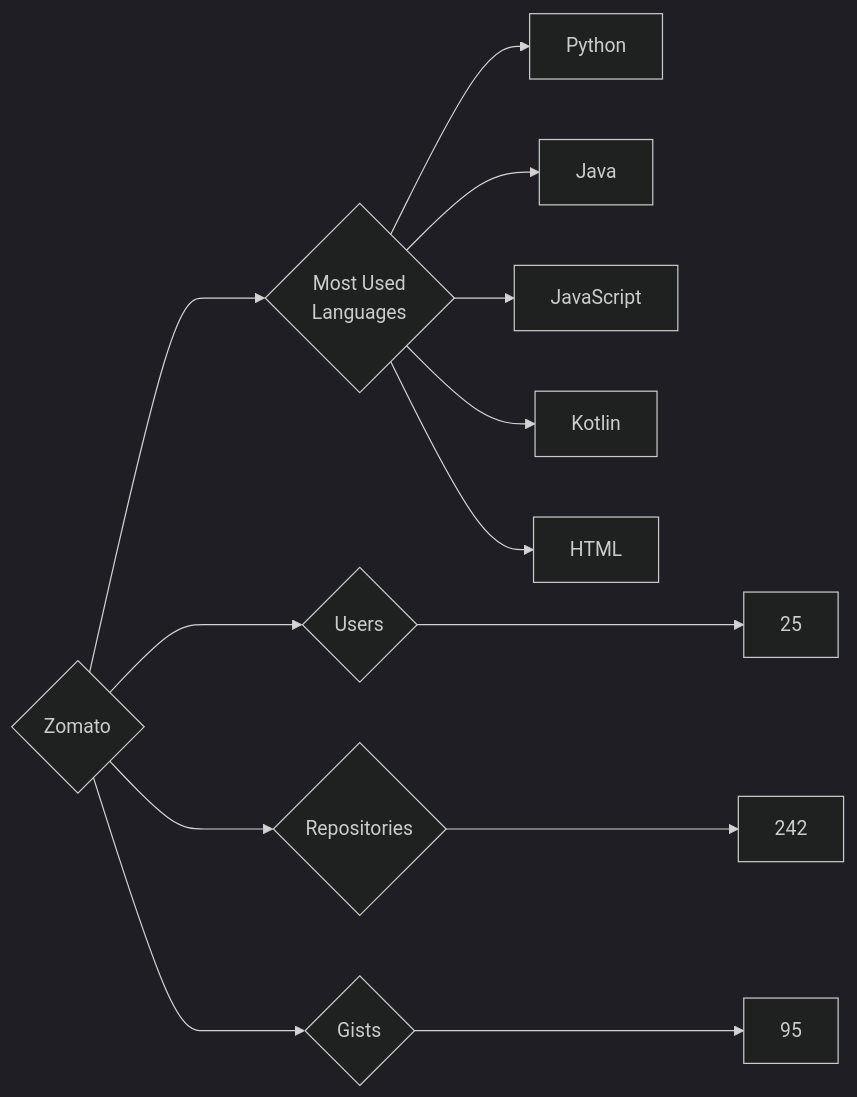
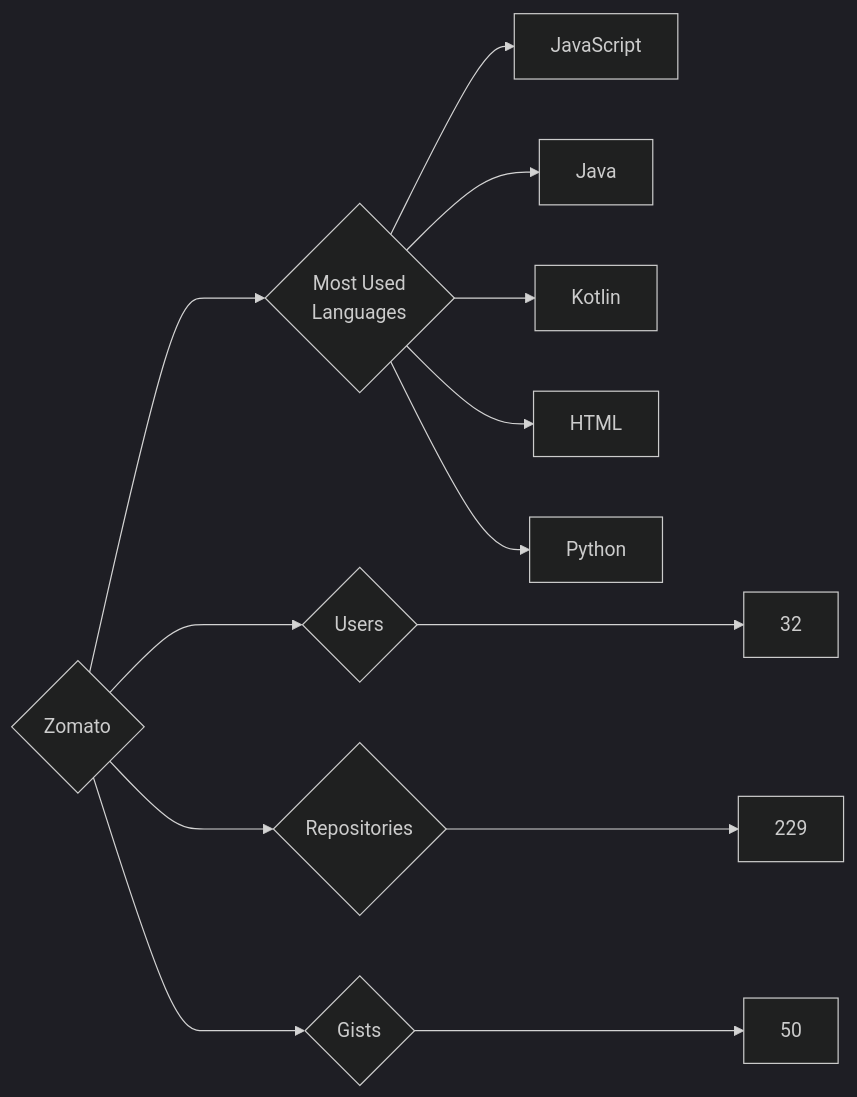
The diagram in targets/Zomato/README.md (trickest/insiders), drawn with Mermaid (dark theme) before and after one commit. The commit also changed 912 other files, not shown here.

````diff
--- a/targets/Zomato/README.md
+++ b/targets/Zomato/README.md
@@ -3,13 +3,13 @@
 ```mermaid
 graph LR
 COMPANY_NAME{Zomato}
-COMPANY_NAME ---> U{Users} ---> UN[25]
-COMPANY_NAME ---> R{Repositories} ---> RN[242]
-COMPANY_NAME ---> G{Gists} ---> GN[95]
+COMPANY_NAME ---> U{Users} ---> UN[32]
+COMPANY_NAME ---> R{Repositories} ---> RN[229]
+COMPANY_NAME ---> G{Gists} ---> GN[50]
 COMPANY_NAME ---> ML{Most Used<br>Languages}
-ML --> Python[Python]
+ML --> JavaScript[JavaScript]
 ML --> Java[Java]
-ML --> JavaScript[JavaScript]
 ML --> Kotlin[Kotlin]
 ML --> HTML[HTML]
+ML --> Python[Python]
 ```
````
